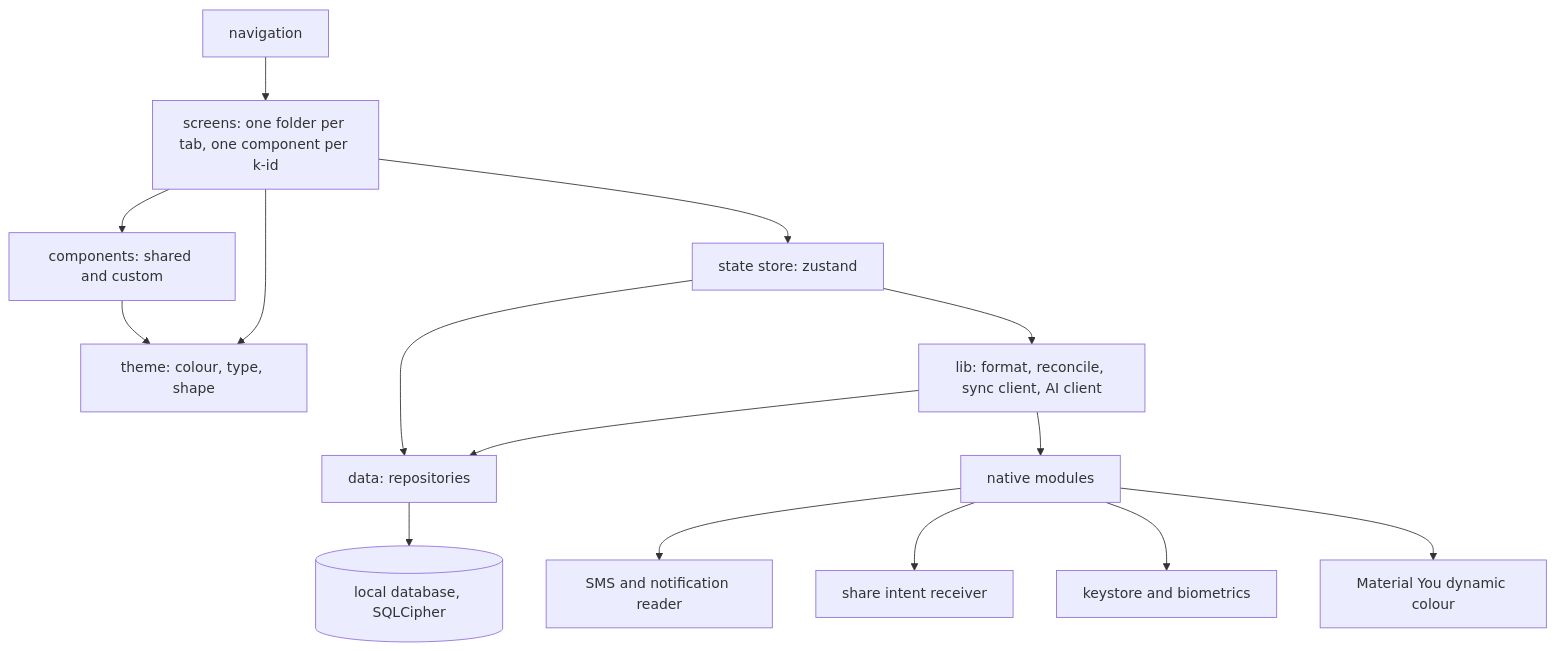
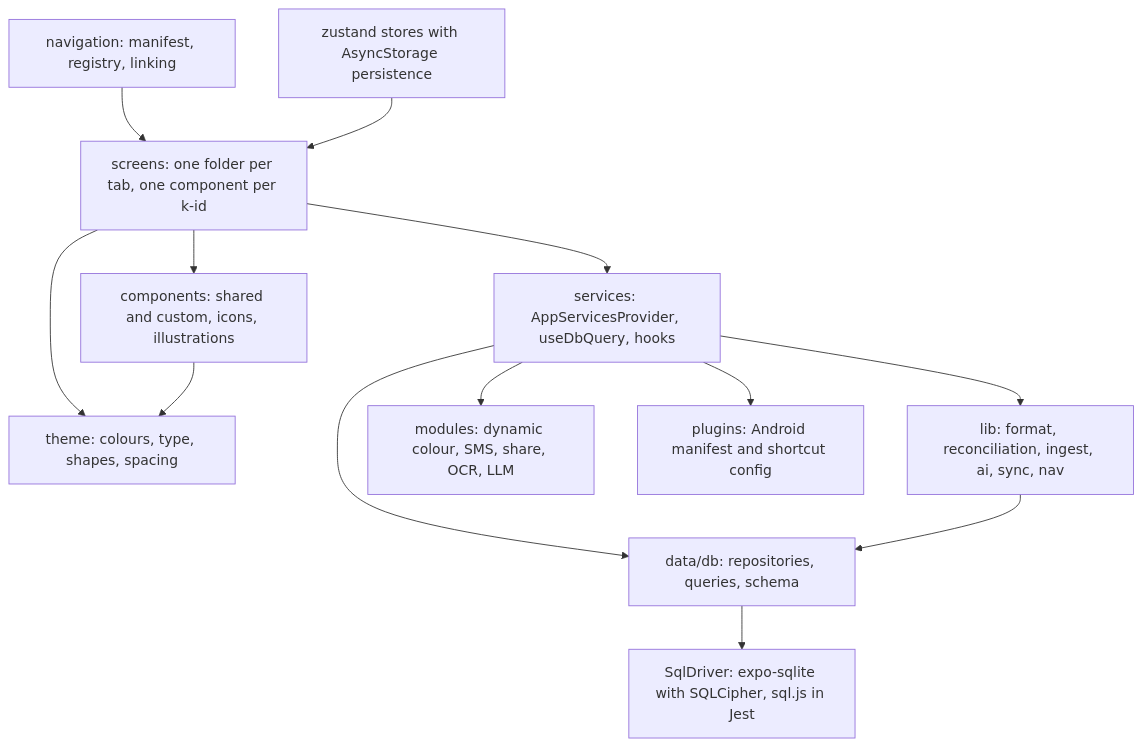
The second of 17 diagrams in docs/architecture.md (Aditya-Jyoti/bacchat), drawn with Mermaid before and after one commit. The commit also changed other lines of this file and 52 other files, not shown here.

````diff
--- a/docs/architecture.md
+++ b/docs/architecture.md
@@ -27,17 +30,15 @@
 ```mermaid
 flowchart TD
-    SC[screens: one folder per tab, one component per k-id] --> CO[components: shared and custom]
-    SC --> ST[state store: zustand]
-    CO --> TH[theme: colour, type, shape]
-    SC --> TH
-    ST --> RE[data: repositories]
-    RE --> DB[(local database, SQLCipher)]
-    ST --> LI[lib: format, reconcile, sync client, AI client]
-    LI --> RE
-    LI --> NM[native modules]
-    NM --> N1[SMS and notification reader]
-    NM --> N2[share intent receiver]
-    NM --> N3[keystore and biometrics]
-    NM --> N4[Material You dynamic colour]
-    NAV[navigation] --> SC
+    NAV[navigation: manifest, registry, linking] --> SC
+    SC[screens: one folder per tab, one component per k-id] --> CO[components: shared and custom, icons, illustrations]
+    SC --> SV[services: AppServicesProvider, useDbQuery, hooks]
+    SC --> TH[theme: colours, type, shapes, spacing]
+    CO --> TH
+    SV --> DATA[data/db: repositories, queries, schema]
+    SV --> LI[lib: format, reconciliation, ingest, ai, sync, nav]
+    LI --> DATA
+    DATA --> DRV[SqlDriver: expo-sqlite with SQLCipher, sql.js in Jest]
+    SV --> NM[modules: dynamic colour, SMS, share, OCR, LLM]
+    SV --> PLUG[plugins: Android manifest and shortcut config]
+    ST[zustand stores with AsyncStorage persistence] --> SC
 ```
````
